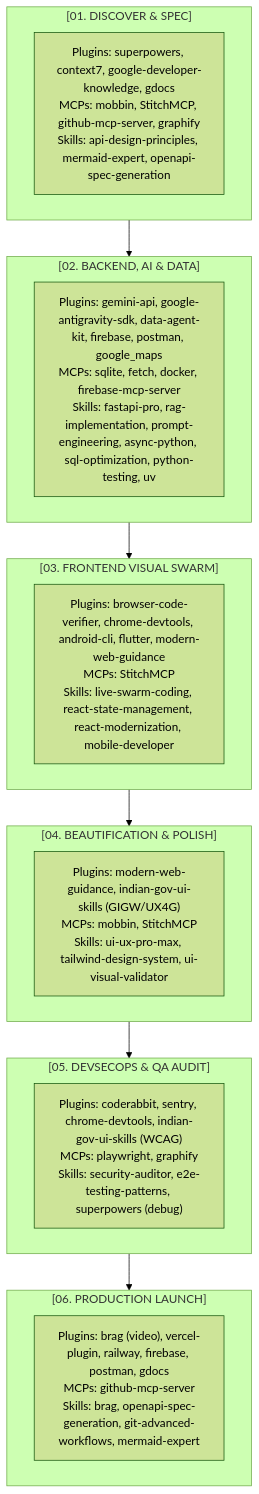
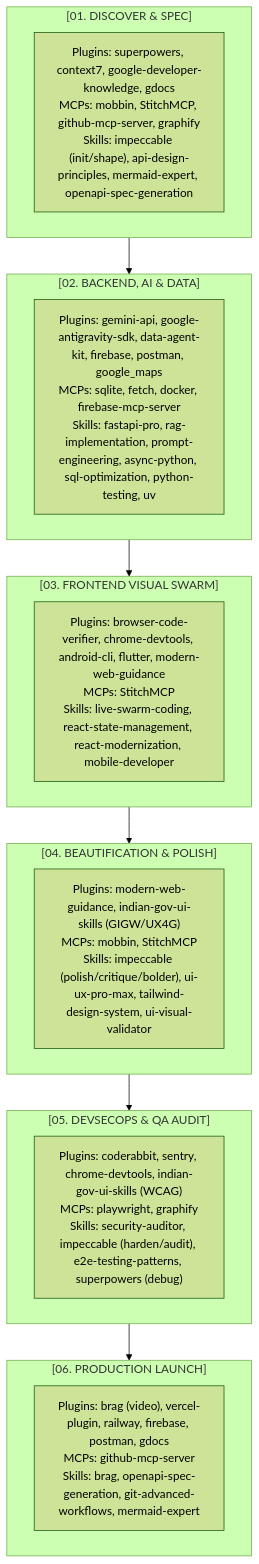
One commit to VihaanR/sprint-system changed the second of 2 diagrams in README.md. Above: the diagram before and after it, drawn with Mermaid (forest theme). The commit also changed other lines of this file and 64 other files, not shown here.

Commit message:
feat: implement impeccable design director skill across sprint operating system

````diff
--- a/README.md
+++ b/README.md
@@ -91,28 +91,28 @@
 ```mermaid
 flowchart TD
     subgraph P1 ["[01. DISCOVER & SPEC]"]
-        t1["Plugins: superpowers, context7, google-developer-knowledge, gdocs<br/>MCPs: mobbin, StitchMCP, github-mcp-server, graphify<br/>Skills: api-design-principles, mermaid-expert, openapi-spec-generation"]
+        t1["Plugins: superpowers, context7, google-developer-knowledge, gdocs<br/>MCPs: mobbin, StitchMCP, github-mcp-server, graphify<br/>Skills: impeccable (init/shape), api-design-principles, mermaid-expert, openapi-spec-generation"]
     end
 
     subgraph P2 ["[02. BACKEND, AI & DATA]"]
         t2["Plugins: gemini-api, google-antigravity-sdk, data-agent-kit, firebase, postman, google_maps<br/>MCPs: sqlite, fetch, docker, firebase-mcp-server<br/>Skills: fastapi-pro, rag-implementation, prompt-engineering, async-python, sql-optimization, python-testing, uv"]
     end
 
     subgraph P3 ["[03. FRONTEND VISUAL SWARM]"]
         t3["Plugins: browser-code-verifier, chrome-devtools, android-cli, flutter, modern-web-guidance<br/>MCPs: StitchMCP<br/>Skills: live-swarm-coding, react-state-management, react-modernization, mobile-developer"]
     end
 
     subgraph P4 ["[04. BEAUTIFICATION & POLISH]"]
-        t4["Plugins: modern-web-guidance, indian-gov-ui-skills (GIGW/UX4G)<br/>MCPs: mobbin, StitchMCP<br/>Skills: ui-ux-pro-max, tailwind-design-system, ui-visual-validator"]
+        t4["Plugins: modern-web-guidance, indian-gov-ui-skills (GIGW/UX4G)<br/>MCPs: mobbin, StitchMCP<br/>Skills: impeccable (polish/critique/bolder), ui-ux-pro-max, tailwind-design-system, ui-visual-validator"]
     end
 
     subgraph P5 ["[05. DEVSECOPS & QA AUDIT]"]
-        t5["Plugins: coderabbit, sentry, chrome-devtools, indian-gov-ui-skills (WCAG)<br/>MCPs: playwright, graphify<br/>Skills: security-auditor, e2e-testing-patterns, superpowers (debug)"]
+        t5["Plugins: coderabbit, sentry, chrome-devtools, indian-gov-ui-skills (WCAG)<br/>MCPs: playwright, graphify<br/>Skills: security-auditor, impeccable (harden/audit), e2e-testing-patterns, superpowers (debug)"]
     end
 
     subgraph P6 ["[06. PRODUCTION LAUNCH]"]
         t6["Plugins: brag (video), vercel-plugin, railway, firebase, postman, gdocs<br/>MCPs: github-mcp-server<br/>Skills: brag, openapi-spec-generation, git-advanced-workflows, mermaid-expert"]
     end
 
     P1 --> P2 --> P3 --> P4 --> P5 --> P6
 ```
````
